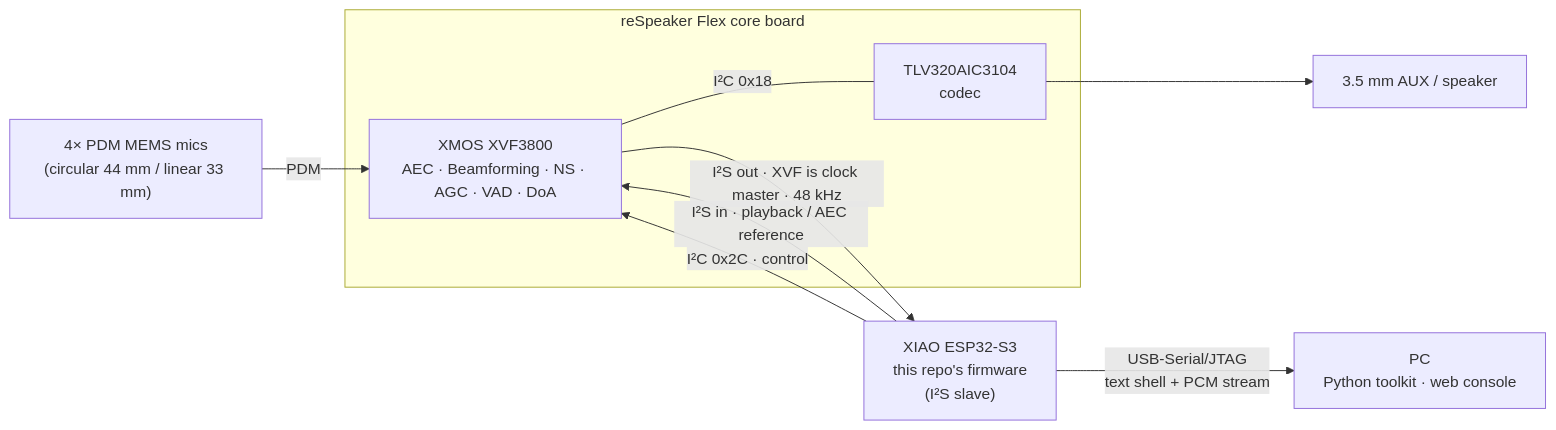
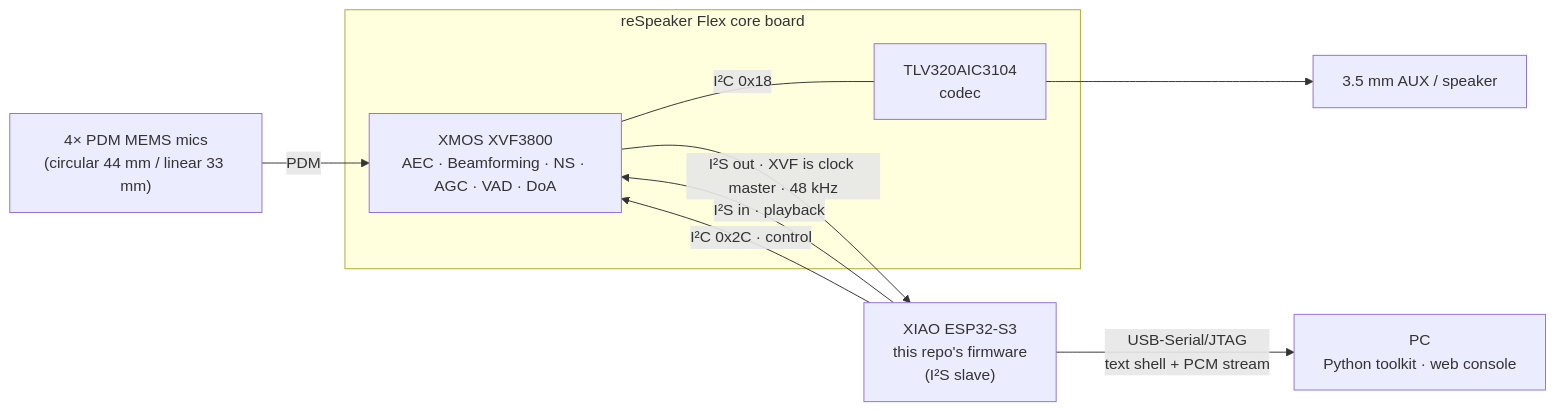
The diagram in README.md (ElroyChenWI/respeaker-flex-bringup), drawn with Mermaid before and after one commit. The commit also changed other lines of this file and 1 other file, not shown here.

Commit message:
README (EN + zh-TW): own algorithms vs XVF3800, black-box characterisation, I2C DFU, firmware modes; drop AEC/AGC claims

````diff
--- a/README.md
+++ b/README.md
@@ -62,15 +69,15 @@
 ```mermaid
 flowchart LR
     MIC["4× PDM MEMS mics<br/>(circular 44 mm / linear 33 mm)"] -- PDM --> XVF
     subgraph CORE["reSpeaker Flex core board"]
         XVF["XMOS XVF3800<br/>AEC · Beamforming · NS · AGC · VAD · DoA"]
         CODEC["TLV320AIC3104<br/>codec"]
         XVF -- "I²C 0x18" --- CODEC
     end
     XVF -- "I²S out · XVF is clock master · 48 kHz" --> ESP
-    ESP -- "I²S in · playback / AEC reference" --> XVF
+    ESP -- "I²S in · playback" --> XVF
     ESP -- "I²C 0x2C · control" --> XVF
     ESP["XIAO ESP32-S3<br/>this repo's firmware<br/>(I²S slave)"] -- "USB-Serial/JTAG<br/>text shell + PCM stream" --> PC
     PC["PC<br/>Python toolkit · web console"]
     CODEC --> OUT["3.5 mm AUX / speaker"]
 ```
````
